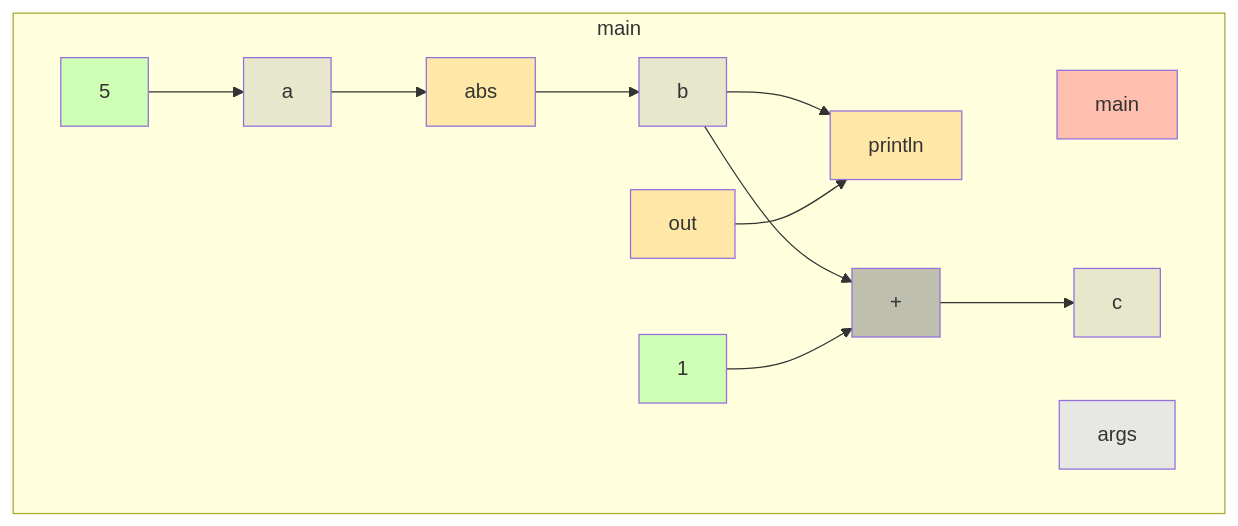
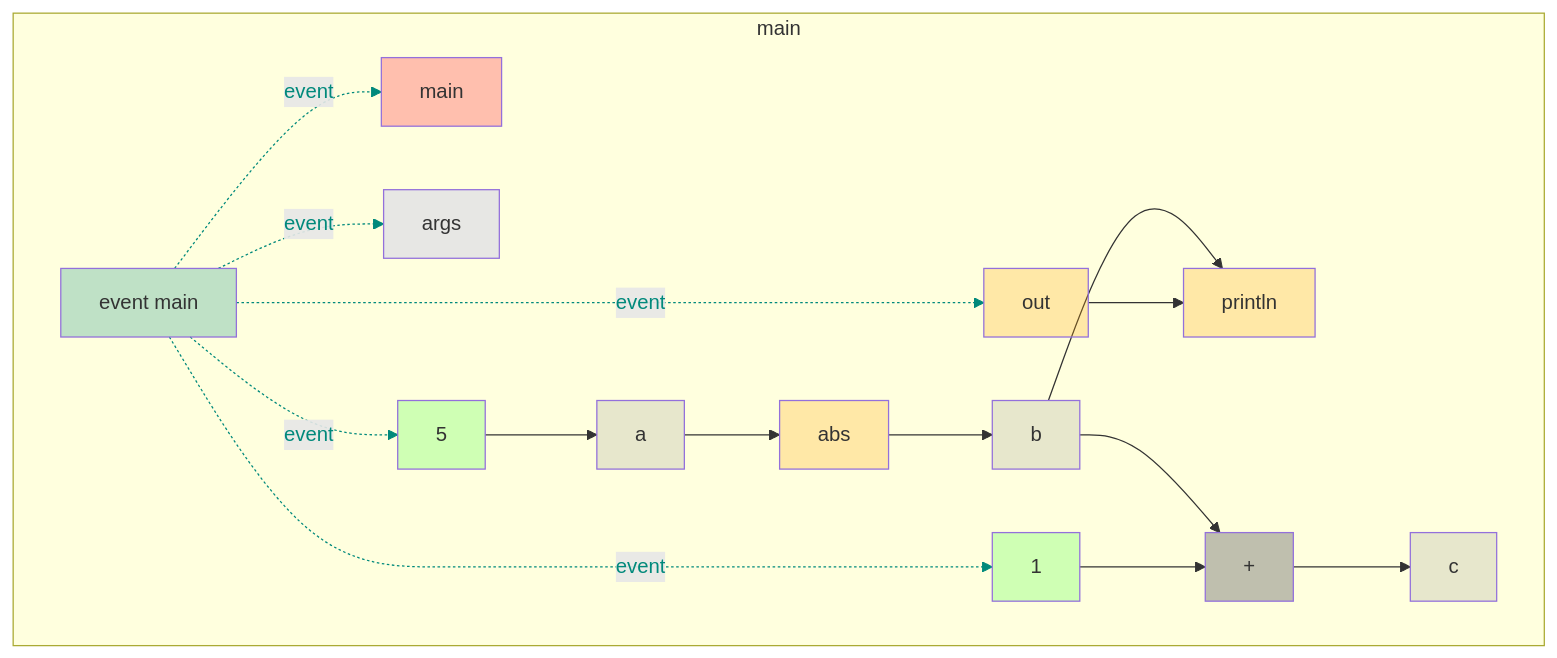
One commit to gstiebler/codeflow changed the diagram in app/src/test/resources/externalCall/snapshot.md. Above: the diagram before and after it, drawn with Mermaid. The commit also changed 77 other files, not shown here.

````diff
--- a/app/src/test/resources/externalCall/snapshot.md
+++ b/app/src/test/resources/externalCall/snapshot.md
@@ -1,31 +1,43 @@
 ```mermaid
 flowchart TD
   subgraph b0["main"]
-    n1[main]:::RETURN
-    n2[args]:::FUNC_PARAM
-    n3[5]:::LITERAL
-    n4[a]:::VARIABLE
-    n5[abs]:::EXTERNAL
-    n6[b]:::VARIABLE
-    n7[out]:::EXTERNAL
-    n8[println]:::EXTERNAL
-    n9[1]:::LITERAL
-    n10[+]:::BIN_OP
-    n11[c]:::VARIABLE
-    n3[5]:::LITERAL --> n4[a]:::VARIABLE
-    n4[a]:::VARIABLE --> n5[abs]:::EXTERNAL
-    n5[abs]:::EXTERNAL --> n6[b]:::VARIABLE
-    n6[b]:::VARIABLE --> n8[println]:::EXTERNAL
-    n6[b]:::VARIABLE --> n10[+]:::BIN_OP
-    n7[out]:::EXTERNAL --> n8[println]:::EXTERNAL
-    n9[1]:::LITERAL --> n10[+]:::BIN_OP
-    n10[+]:::BIN_OP --> n11[c]:::VARIABLE
+    n1[event main]:::EVENT
+    n2[main]:::RETURN
+    n3[args]:::FUNC_PARAM
+    n4[5]:::LITERAL
+    n5[a]:::VARIABLE
+    n6[abs]:::EXTERNAL
+    n7[b]:::VARIABLE
+    n8[out]:::EXTERNAL
+    n9[println]:::EXTERNAL
+    n10[1]:::LITERAL
+    n11[+]:::BIN_OP
+    n12[c]:::VARIABLE
+    n1[event main]:::EVENT -. event .-> n2[main]:::RETURN
+    n1[event main]:::EVENT -. event .-> n3[args]:::FUNC_PARAM
+    n1[event main]:::EVENT -. event .-> n4[5]:::LITERAL
+    n1[event main]:::EVENT -. event .-> n8[out]:::EXTERNAL
+    n1[event main]:::EVENT -. event .-> n10[1]:::LITERAL
+    n4[5]:::LITERAL --> n5[a]:::VARIABLE
+    n5[a]:::VARIABLE --> n6[abs]:::EXTERNAL
+    n6[abs]:::EXTERNAL --> n7[b]:::VARIABLE
+    n7[b]:::VARIABLE --> n9[println]:::EXTERNAL
+    n7[b]:::VARIABLE --> n11[+]:::BIN_OP
+    n8[out]:::EXTERNAL --> n9[println]:::EXTERNAL
+    n10[1]:::LITERAL --> n11[+]:::BIN_OP
+    n11[+]:::BIN_OP --> n12[c]:::VARIABLE
   end
+  linkStyle 0 stroke:#00897b,color:#00897b
+  linkStyle 1 stroke:#00897b,color:#00897b
+  linkStyle 2 stroke:#00897b,color:#00897b
+  linkStyle 3 stroke:#00897b,color:#00897b
+  linkStyle 4 stroke:#00897b,color:#00897b
   classDef LITERAL fill:#00FF0030
   classDef VARIABLE fill:#80808030
   classDef BIN_OP fill:#80808080
   classDef FUNC_PARAM fill:#8080FF30
   classDef RETURN fill:#FF808080
   classDef EXTERNAL fill:#FFA50040
   classDef UNMODELLED fill:#FF000030,stroke-dasharray: 4 2
+  classDef EVENT fill:#00897B40
 ```
````
